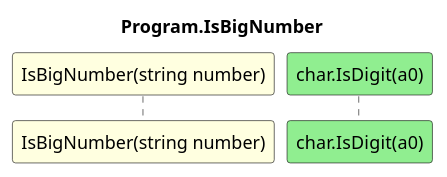
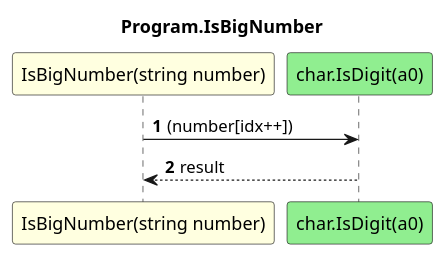
The diagram in AddBigInteger.ConApp/diagrams/sq_Program_IsBigNumber.puml (leoggehrer/2324-34_ABIF_ACIF_POSE), drawn with PlantUML before and after one commit. The commit also changed 17 other files, not shown here.

Commit message:
Diagrams generated.

```diff
--- a/AddBigInteger.ConApp/diagrams/sq_Program_IsBigNumber.puml
+++ b/AddBigInteger.ConApp/diagrams/sq_Program_IsBigNumber.puml
@@ -1,6 +1,8 @@
 @startuml Program.IsBigNumber
 title Program.IsBigNumber
 participant "IsBigNumber(string number)" as IsBigNumber_p0 #LightYellow
-participant "char.IsDigit(a0)" as char.IsDigit_a0 #LightGreen
+participant "char.IsDigit(a0)" as char_IsDigit_a0 #LightGreen
 autonumber
+IsBigNumber_p0 -> char_IsDigit_a0 : (number[idx++])
+char_IsDigit_a0 --> IsBigNumber_p0 : result
 @enduml
```
